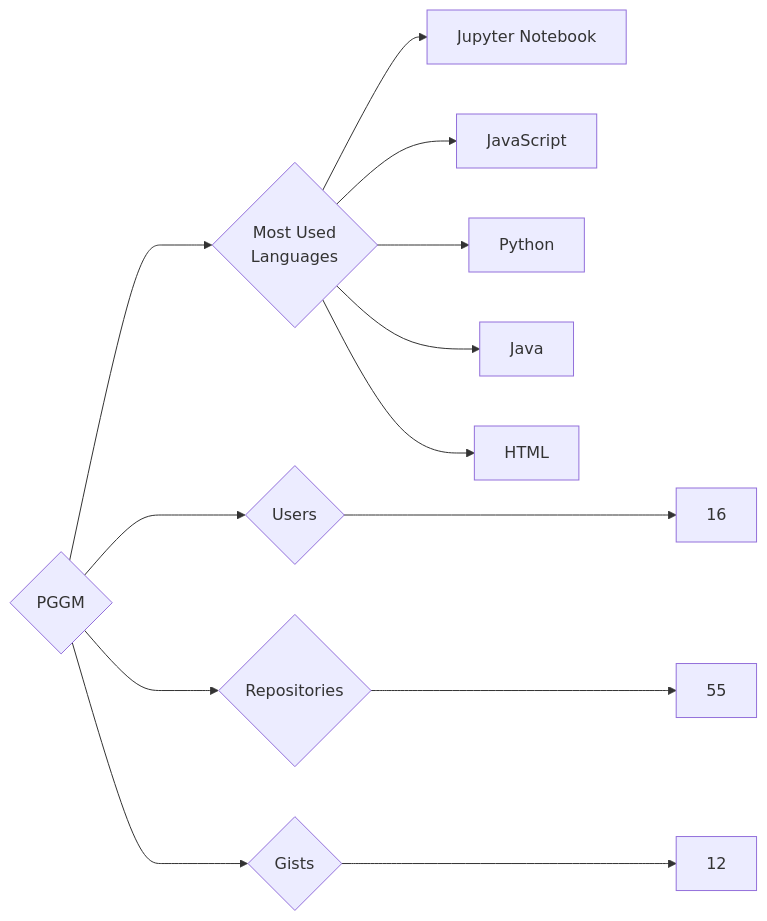
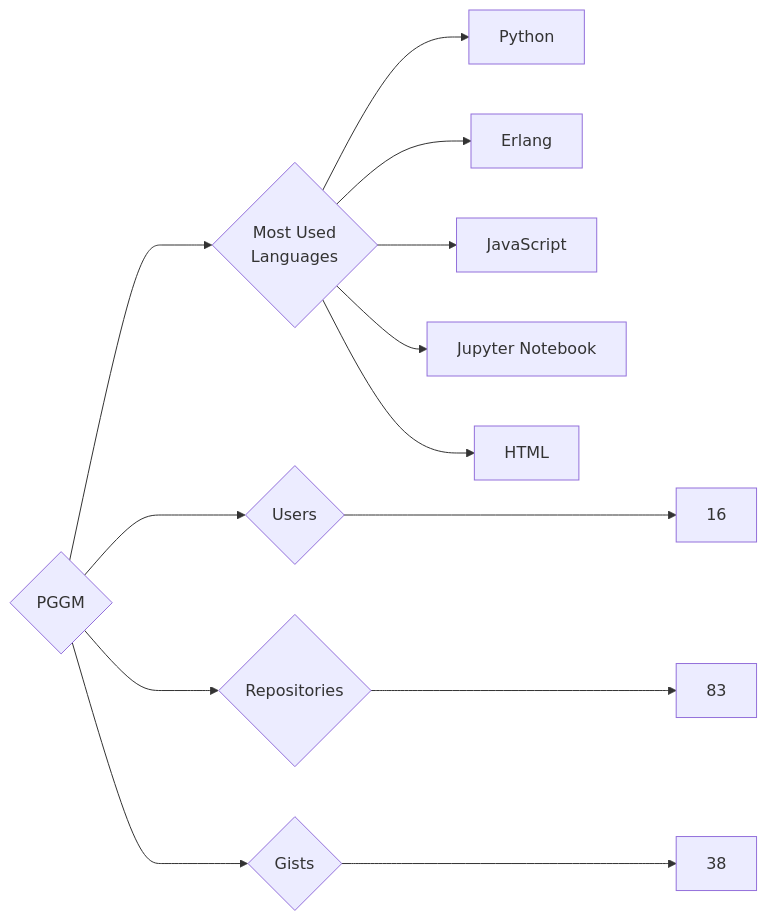
One commit to trickest/insiders changed the diagram in targets/PGGM/README.md. Above: the diagram before and after it, drawn with Mermaid. The commit also changed 851 other files, not shown here.

````diff
--- a/targets/PGGM/README.md
+++ b/targets/PGGM/README.md
@@ -3,13 +3,13 @@
 ```mermaid
 graph LR
 COMPANY_NAME{PGGM}
 COMPANY_NAME ---> U{Users} ---> UN[16]
-COMPANY_NAME ---> R{Repositories} ---> RN[55]
-COMPANY_NAME ---> G{Gists} ---> GN[12]
+COMPANY_NAME ---> R{Repositories} ---> RN[83]
+COMPANY_NAME ---> G{Gists} ---> GN[38]
 COMPANY_NAME ---> ML{Most Used<br>Languages}
+ML --> Python[Python]
+ML --> Erlang[Erlang]
+ML --> JavaScript[JavaScript]
 ML --> Jupyter_Notebook[Jupyter Notebook]
-ML --> JavaScript[JavaScript]
-ML --> Python[Python]
-ML --> Java[Java]
 ML --> HTML[HTML]
 ```
````
